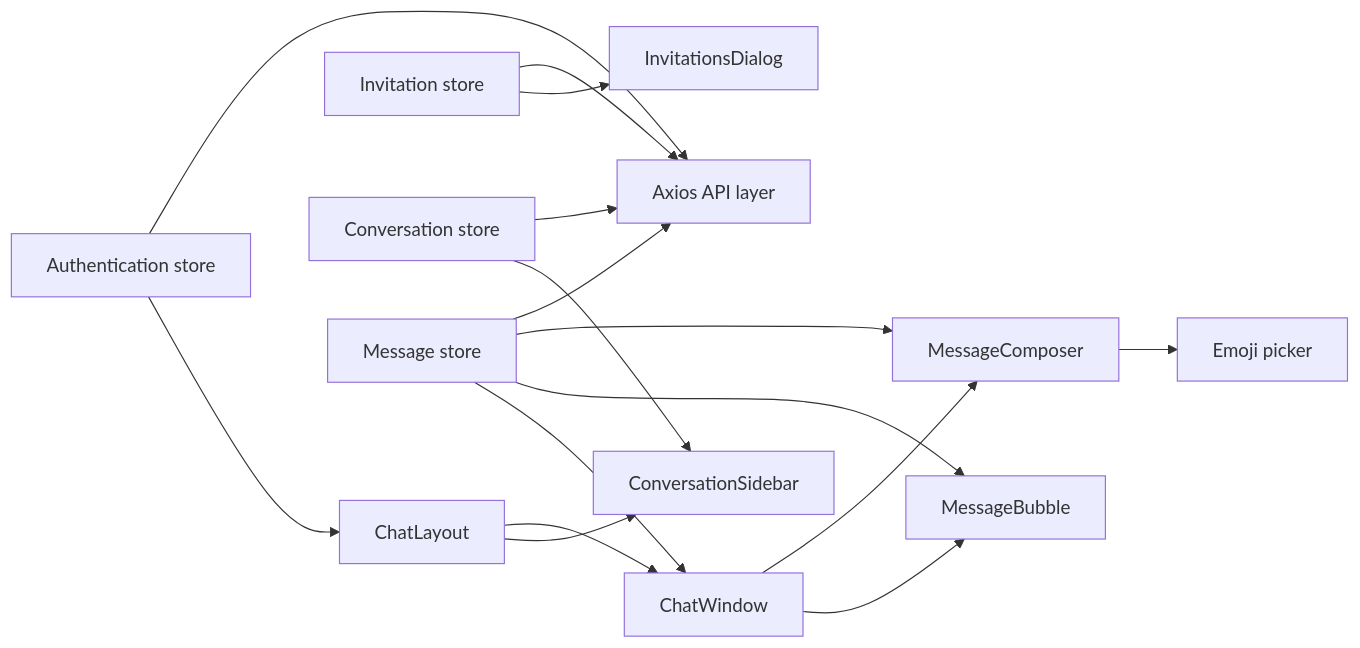
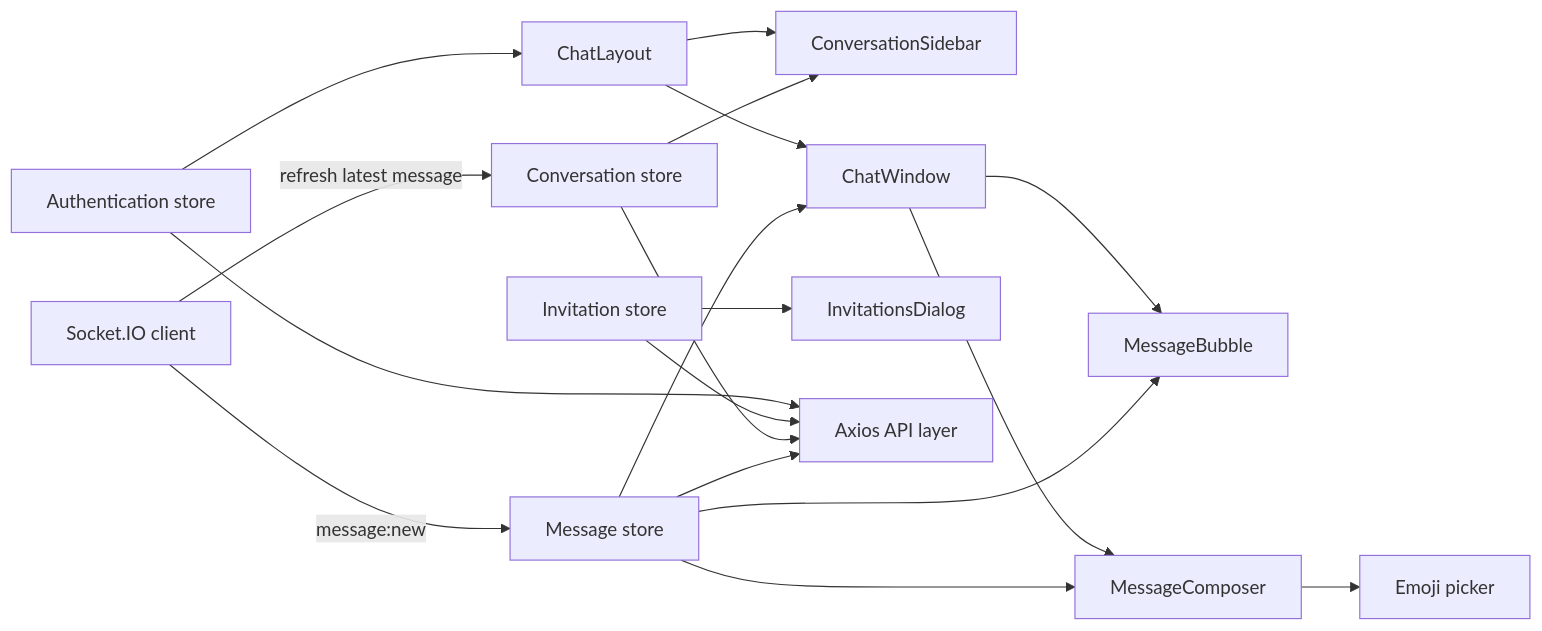
The sixth of 7 diagrams in README.md (Saurav11343/click-chat), drawn with Mermaid before and after one commit. The commit also changed other lines of this file, not shown here.

````diff
--- a/README.md
+++ b/README.md
@@ -223,20 +249,22 @@
 ```mermaid
 flowchart LR
     AL["ChatLayout"] --> CS["ConversationSidebar"]
     AL --> CW["ChatWindow"]
     CW --> MB["MessageBubble"]
     CW --> MC["MessageComposer"]
     MC --> EP["Emoji picker"]
 
     AS["Authentication store"] --> AL
     IS["Invitation store"] --> ID["InvitationsDialog"]
     COS["Conversation store"] --> CS
     MS["Message store"] --> CW
     MS --> MB
     MS --> MC
+    SO["Socket.IO client"] -->|"message:new"| MS
+    SO -->|"refresh latest message"| COS
 
     AS --> API["Axios API layer"]
     IS --> API
     COS --> API
     MS --> API
 ```
````
